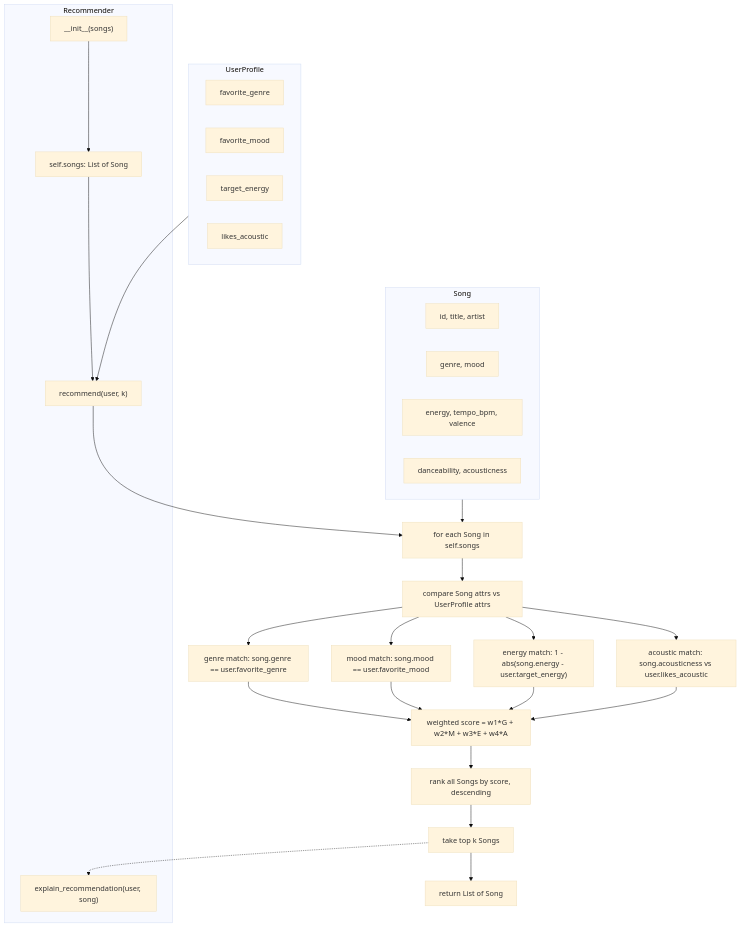
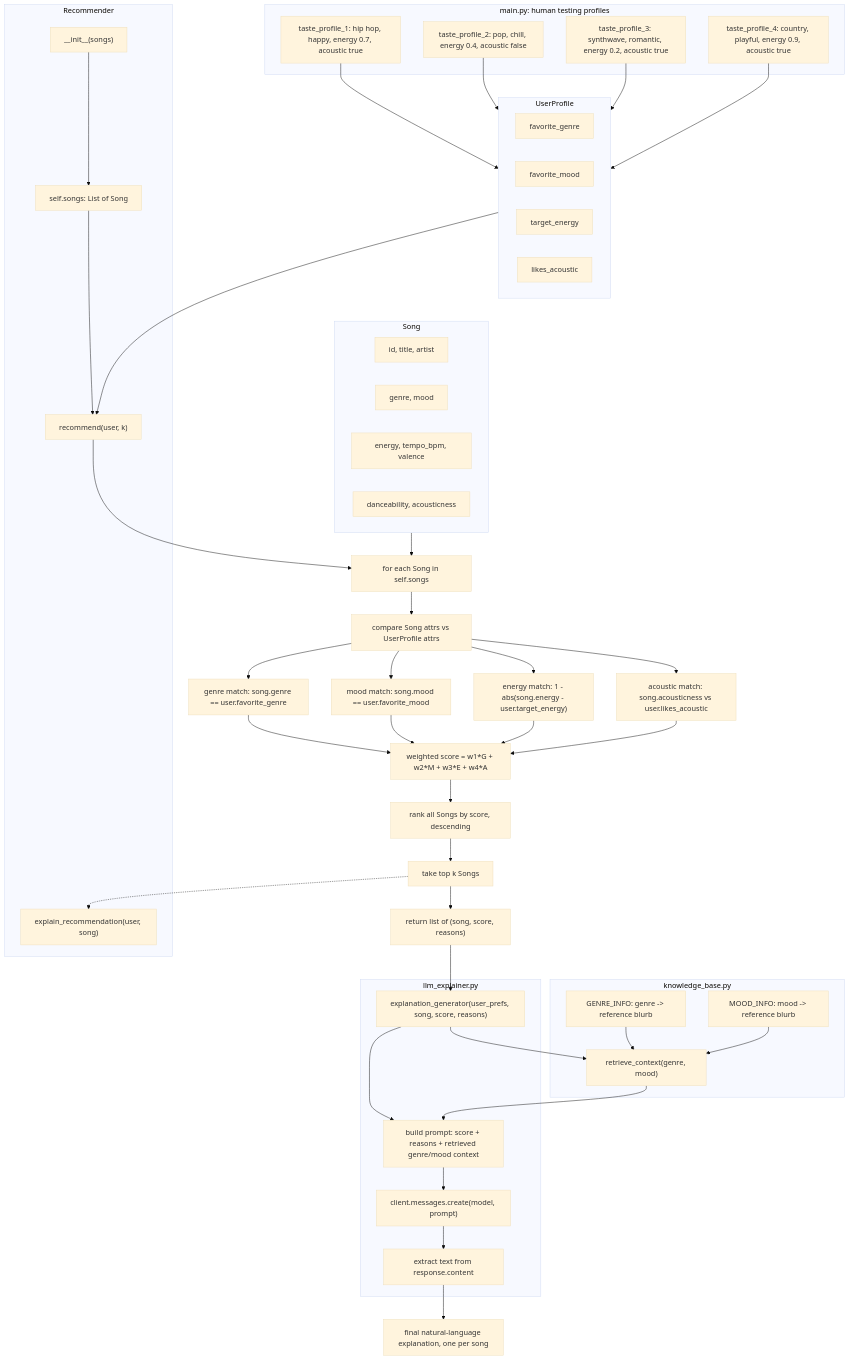
One commit to Tahmauri01/Applied-Music-Reccomendation-AI-Project changed the diagram in mrs.mmd. Above: the diagram before and after it, drawn with Mermaid (base theme). The commit also changed 2 other files, not shown here.

Commit message:
updated readme and model_card

```diff
--- a/mrs.mmd
+++ b/mrs.mmd
@@ -1,44 +1,79 @@
 flowchart TD
     subgraph Song_Class["Song"]
         S1["id, title, artist"]
         S2["genre, mood"]
         S3["energy, tempo_bpm, valence"]
         S4["danceability, acousticness"]
     end
 
     subgraph UserProfile_Class["UserProfile"]
         U1["favorite_genre"]
         U2["favorite_mood"]
         U3["target_energy"]
         U4["likes_acoustic"]
     end
 
     subgraph Recommender_Class["Recommender"]
         R0["self.songs: List of Song"]
         R1["__init__(songs)"]
         R2["recommend(user, k)"]
         R3["explain_recommendation(user, song)"]
     end
 
+    subgraph HumanTesting["main.py: human testing profiles"]
+        T1["taste_profile_1: hip hop, happy, energy 0.7, acoustic true"]
+        T2["taste_profile_2: pop, chill, energy 0.4, acoustic false"]
+        T3["taste_profile_3: synthwave, romantic, energy 0.2, acoustic true"]
+        T4["taste_profile_4: country, playful, energy 0.9, acoustic true"]
+    end
+
+    T1 --> UserProfile_Class
+    T2 --> UserProfile_Class
+    T3 --> UserProfile_Class
+    T4 --> UserProfile_Class
+
     R1 --> R0
     R0 --> R2
     UserProfile_Class --> R2
 
     R2 --> Loop["for each Song in self.songs"]
     Song_Class --> Loop
     Loop --> Cmp["compare Song attrs vs UserProfile attrs"]
 
     Cmp --> G["genre match: song.genre == user.favorite_genre"]
     Cmp --> M["mood match: song.mood == user.favorite_mood"]
     Cmp --> E["energy match: 1 - abs(song.energy - user.target_energy)"]
     Cmp --> A["acoustic match: song.acousticness vs user.likes_acoustic"]
 
     G --> Score["weighted score = w1*G + w2*M + w3*E + w4*A"]
     M --> Score
     E --> Score
     A --> Score
 
     Score --> Rank["rank all Songs by score, descending"]
     Rank --> TopK["take top k Songs"]
-    TopK --> Return["return List of Song"]
+    TopK --> Return["return list of (song, score, reasons)"]
     TopK -.-> R3
+
+    subgraph KnowledgeBase["knowledge_base.py"]
+        KB1["GENRE_INFO: genre -> reference blurb"]
+        KB2["MOOD_INFO: mood -> reference blurb"]
+        KB3["retrieve_context(genre, mood)"]
+        KB1 --> KB3
+        KB2 --> KB3
+    end
+
+    subgraph LLMExplainer["llm_explainer.py"]
+        L1["explanation_generator(user_prefs, song, score, reasons)"]
+        L2["build prompt: score + reasons + retrieved genre/mood context"]
+        L3["client.messages.create(model, prompt)"]
+        L4["extract text from response.content"]
+        L1 --> L2
+        L2 --> L3
+        L3 --> L4
+    end
+
+    Return --> L1
+    L1 --> KB3
+    KB3 --> L2
+    L4 --> Output["final natural-language explanation, one per song"]
```
